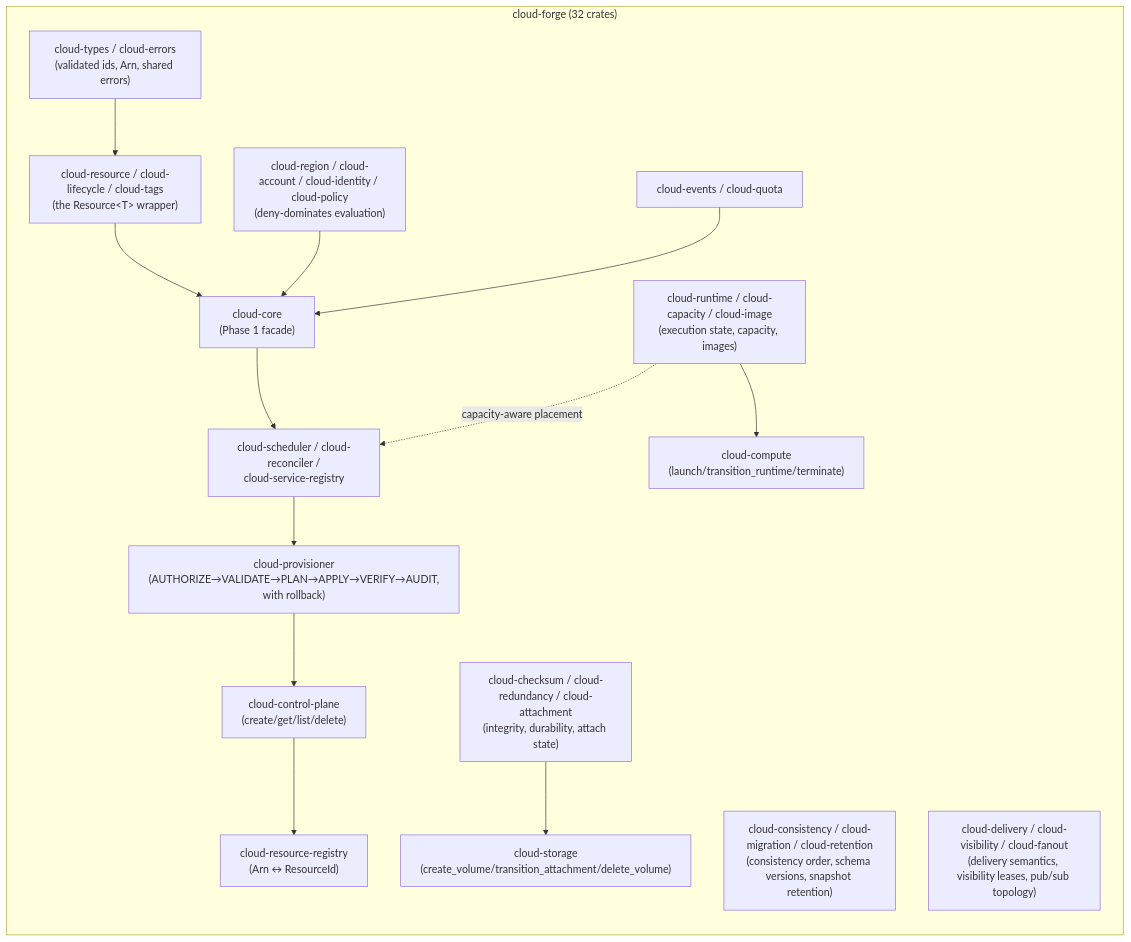
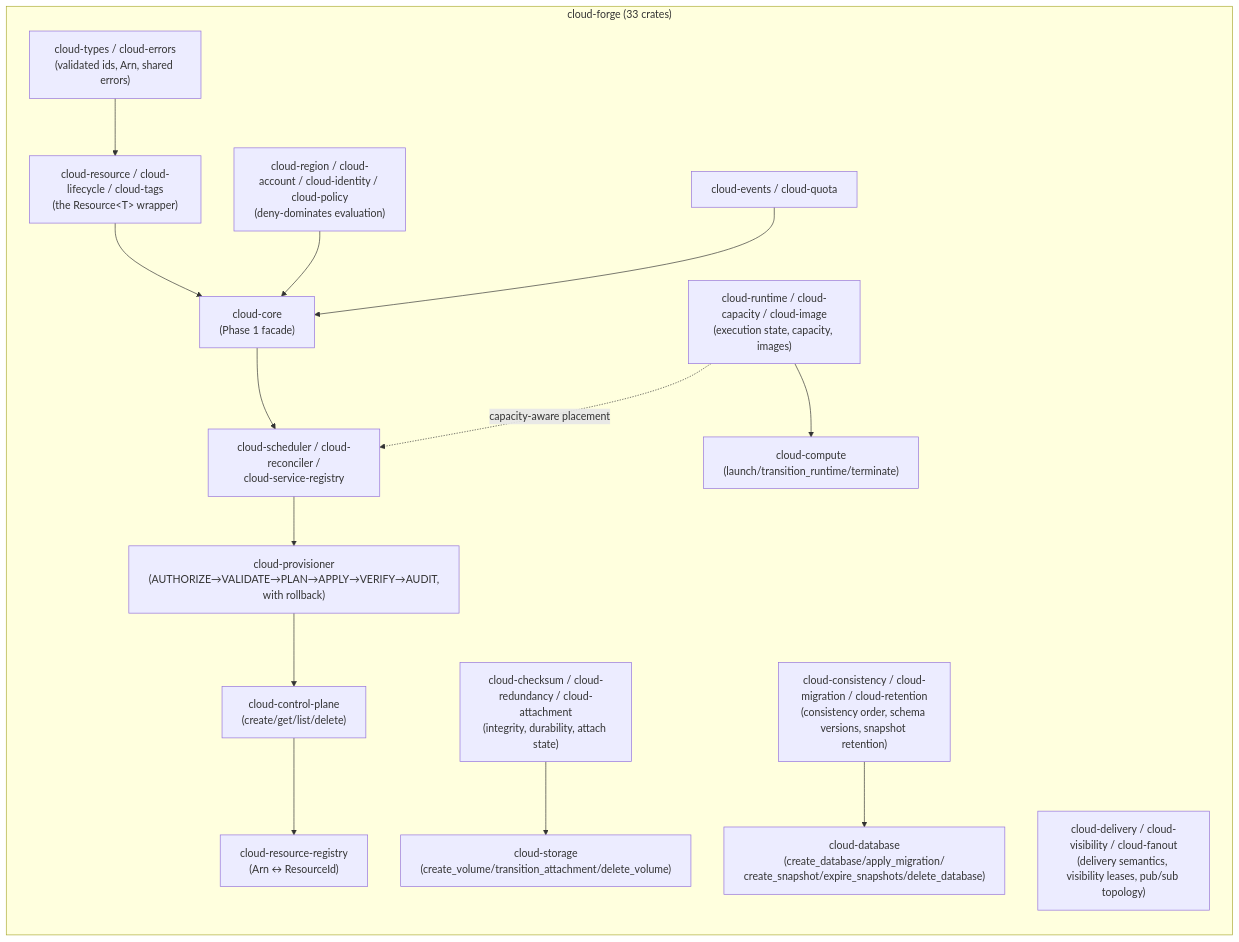
The fifth of 5 diagrams in README.md (SNAPKITTYAGENT9NOVA/tlm-jxcl-forge), drawn with Mermaid before and after one commit. The commit also changed other lines of this file and 5 other files, not shown here.

````diff
--- a/README.md
+++ b/README.md
@@ -411,29 +413,31 @@
 ```mermaid
 flowchart LR
-    subgraph cf["cloud-forge (32 crates)"]
+    subgraph cf["cloud-forge (33 crates)"]
         direction TB
         types["cloud-types / cloud-errors<br/>(validated ids, Arn, shared errors)"]
         model["cloud-resource / cloud-lifecycle / cloud-tags<br/>(the Resource&lt;T&gt; wrapper)"]
         access["cloud-region / cloud-account / cloud-identity / cloud-policy<br/>(deny-dominates evaluation)"]
         ops["cloud-events / cloud-quota"]
         core["cloud-core<br/>(Phase 1 facade)"]
         control["cloud-scheduler / cloud-reconciler /<br/>cloud-service-registry"]
         pipeline["cloud-provisioner<br/>(AUTHORIZE→VALIDATE→PLAN→APPLY→VERIFY→AUDIT,<br/>with rollback)"]
         plane["cloud-control-plane<br/>(create/get/list/delete)"]
         names["cloud-resource-registry<br/>(Arn ↔ ResourceId)"]
         compute["cloud-runtime / cloud-capacity / cloud-image<br/>(execution state, capacity, images)"]
         storage["cloud-checksum / cloud-redundancy / cloud-attachment<br/>(integrity, durability, attach state)"]
         database["cloud-consistency / cloud-migration / cloud-retention<br/>(consistency order, schema versions, snapshot retention)"]
         messaging["cloud-delivery / cloud-visibility / cloud-fanout<br/>(delivery semantics, visibility leases, pub/sub topology)"]
         computeSvc["cloud-compute<br/>(launch/transition_runtime/terminate)"]
         storageSvc["cloud-storage<br/>(create_volume/transition_attachment/delete_volume)"]
+        databaseSvc["cloud-database<br/>(create_database/apply_migration/<br/>create_snapshot/expire_snapshots/delete_database)"]
         types --> model --> core
         access --> core
         ops --> core
         core --> control --> pipeline --> plane
         plane --> names
         compute -.capacity-aware placement.-> control
         compute --> computeSvc
         storage --> storageSvc
+        database --> databaseSvc
     end
 ```
````
